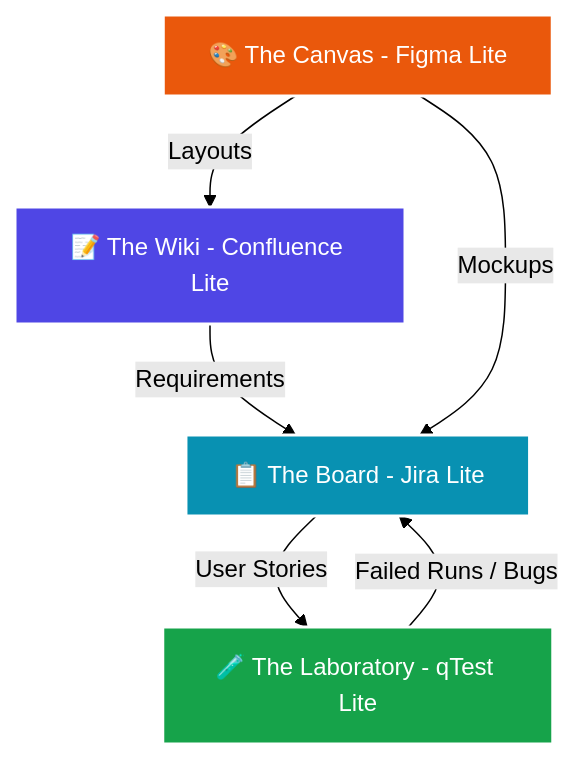
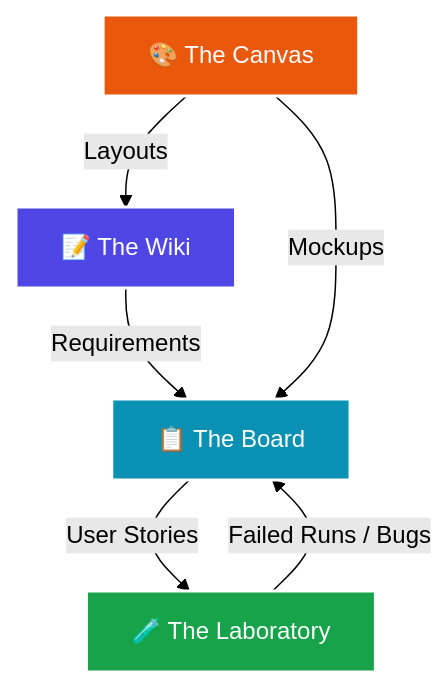
Before and after one commit to gr1mm4g3v2/monolith: the diagram in README.md, drawn with Mermaid (forest theme). The commit also changed other lines of this file and 2 other files, not shown here.

````diff
--- a/README.md
+++ b/README.md
@@ -13,13 +13,13 @@
 ```mermaid
 graph TD
-    Wiki[📝 The Wiki - Confluence Lite] -->|Requirements| Board[📋 The Board - Jira Lite]
-    Board -->|User Stories| Tests[🧪 The Laboratory - qTest Lite]
-    Canvas[🎨 The Canvas - Figma Lite] -->|Mockups| Board
+    Wiki[📝 The Wiki] -->|Requirements| Board[📋 The Board]
+    Board -->|User Stories| Tests[🧪 The Laboratory]
+    Canvas[🎨 The Canvas] -->|Mockups| Board
     Canvas -->|Layouts| Wiki
     Tests -->|Failed Runs / Bugs| Board
     
     style Wiki fill:#4F46E5,stroke:#fff,stroke-width:2px,color:#fff
     style Board fill:#0891B2,stroke:#fff,stroke-width:2px,color:#fff
     style Canvas fill:#EA580C,stroke:#fff,stroke-width:2px,color:#fff
     style Tests fill:#16A34A,stroke:#fff,stroke-width:2px,color:#fff
 ```
````
